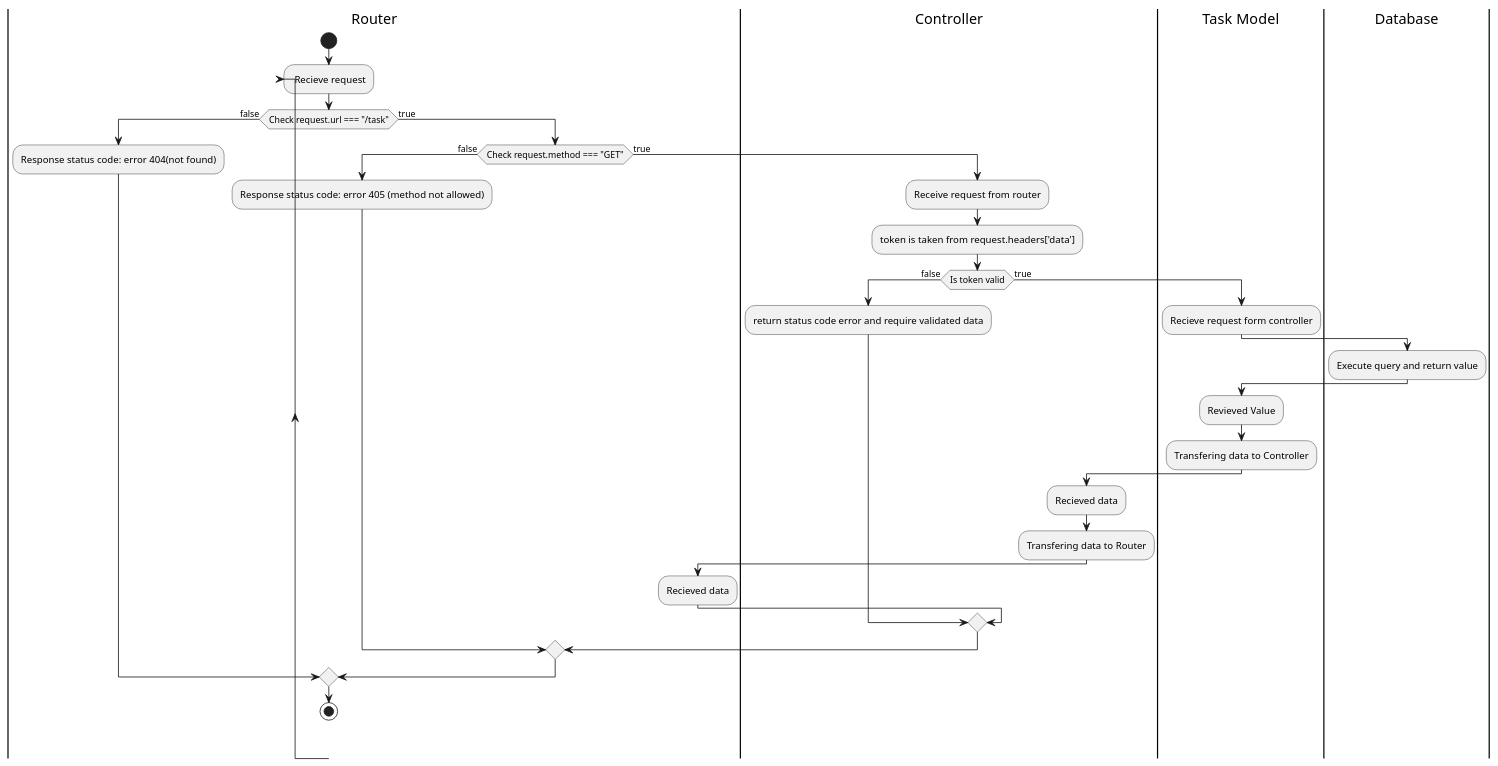
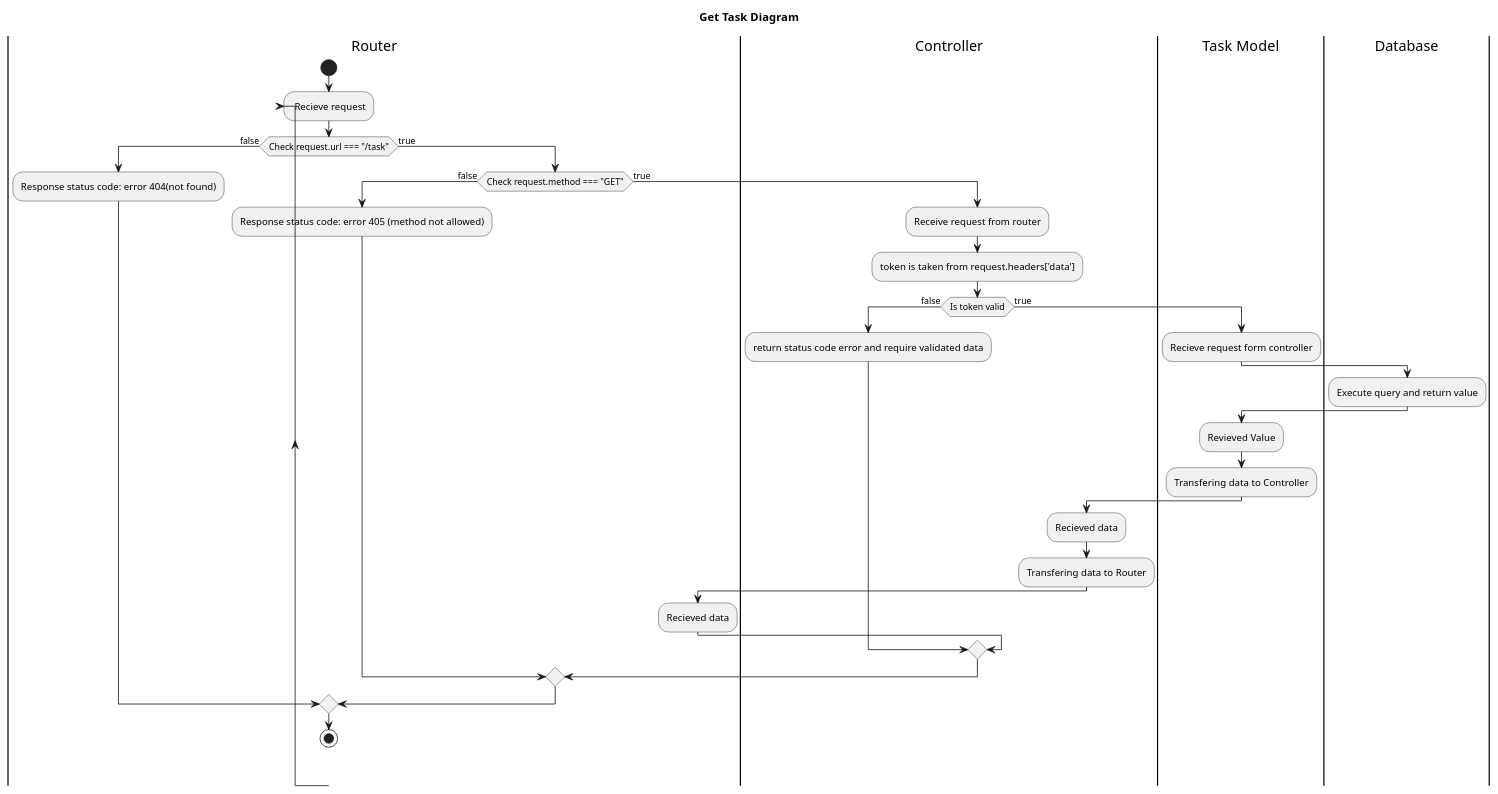
Before and after one commit to DoanLe2k1/TodoApp-API: the diagram in diagrams/logicRouterControllerGetTask.pu, drawn with PlantUML. The commit also changed 7 other files, not shown here.

Commit message:
Create add, edit, delete, get tasks diagrams - Adjust some code

```diff
--- a/diagrams/logicRouterControllerGetTask.pu
+++ b/diagrams/logicRouterControllerGetTask.pu
@@ -1,34 +1,35 @@
-@startuml diagram router getTask
+@startuml 
+title Get Task Diagram
 | Router |
 start
 repeat: Recieve request 
     if (Check request.url === "/task") then (false)
     :Response status code: error 404(not found);
     else (true)
         if (Check request.method === "GET") then (false)
         :Response status code: error 405 (method not allowed);
         else (true)
             | Controller |
             :Receive request from router;
             :token is taken from request.headers['data'];
             if (Is token valid) then (false)
             :return status code error and require validated data;
             | Router |
             else (true)
                 | Task Model |
                 :Recieve request form controller;
                 | Database |
                 :Execute query and return value;
                 | Task Model |
                 :Revieved Value;
                 :Transfering data to Controller;
                 | Controller |
                 :Recieved data;
                 :Transfering data to Router;
                 | Router |
                 :Recieved data;
             endif
         endif
     endif
 stop
 @enduml
```
